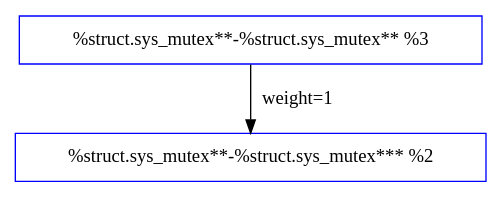
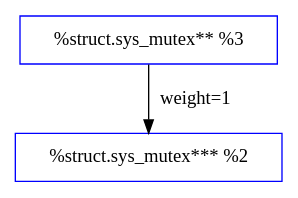
Before and after one commit to albaq77/GenerateDFG: the diagram in input/lwip/sys_mutex_lock_variable_access_graph.dot, drawn with Graphviz. The commit also changed 187 other files, not shown here.

```diff
--- a/input/lwip/sys_mutex_lock_variable_access_graph.dot
+++ b/input/lwip/sys_mutex_lock_variable_access_graph.dot
@@ -1,5 +1,5 @@
 strict digraph sys_mutex_lock {
-  1 [label="%struct.sys_mutex**-%struct.sys_mutex** %3", size=40, color=blue, shape=record];
-  2 [label="%struct.sys_mutex**-%struct.sys_mutex*** %2", size=40, color=blue, shape=record];
+  1 [label="%struct.sys_mutex** %3", size=40, color=blue, shape=record];
+  2 [label="%struct.sys_mutex*** %2", size=40, color=blue, shape=record];
   1 -> 2 [label="weight=1", weight="1"];
 }
```
